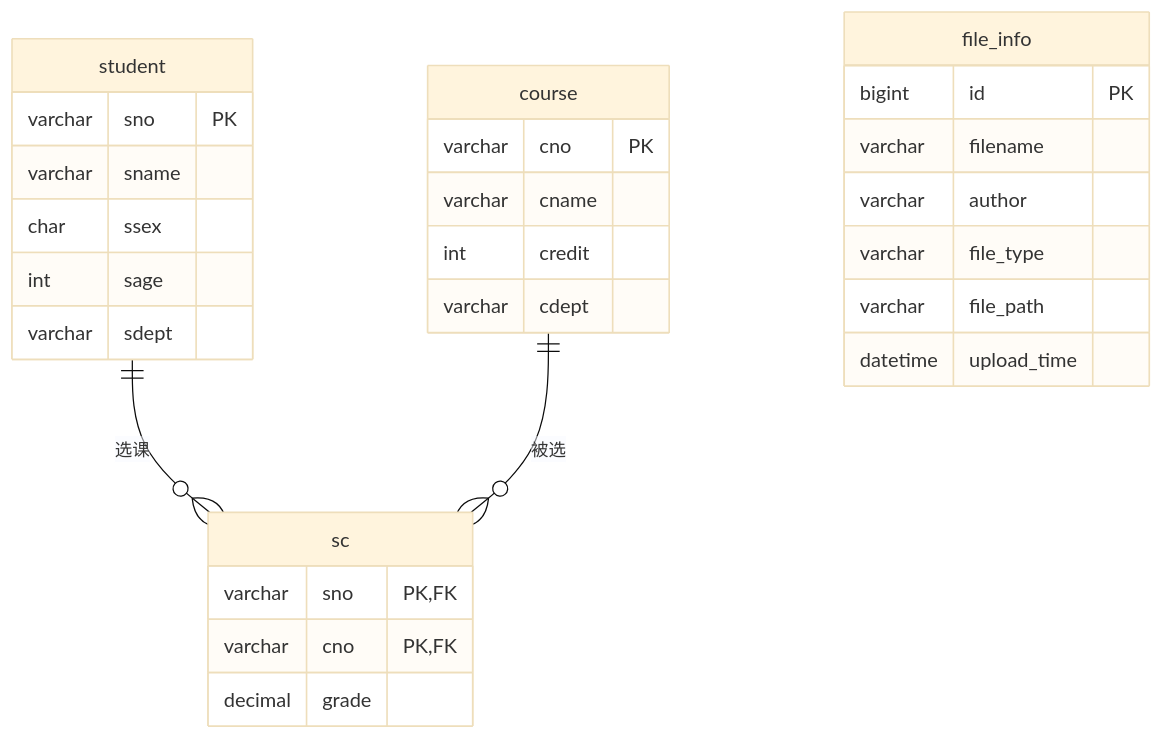
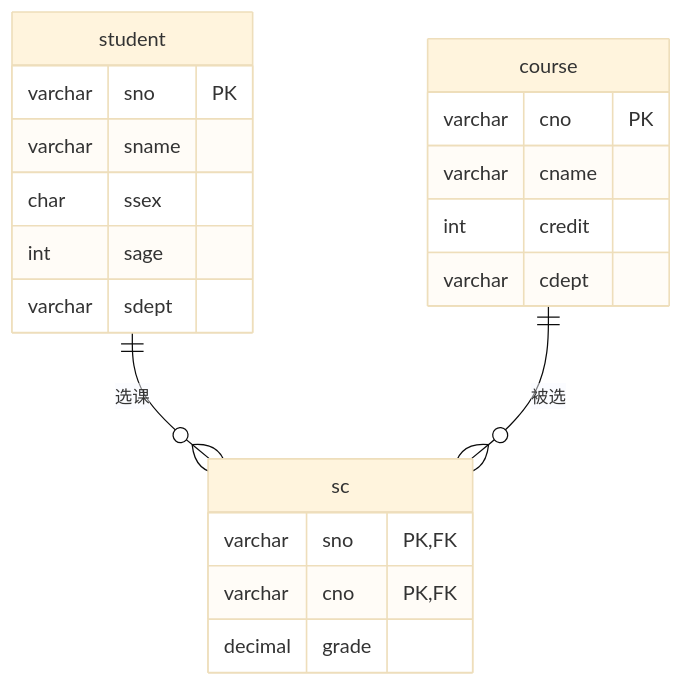
One commit to kloster346/Student changed the diagram in docs/database.md. Above: the diagram before and after it, drawn with Mermaid (base theme). The commit also changed other lines of this file and 6 other files, not shown here.

````diff
--- a/docs/database.md
+++ b/docs/database.md
@@ -112,31 +85,23 @@
 ```mermaid
 erDiagram
     student ||--o{ sc : "选课"
     course ||--o{ sc : "被选"
     student {
         varchar sno PK
         varchar sname
         char ssex
         int sage
         varchar sdept
     }
     course {
         varchar cno PK
         varchar cname
         int credit
         varchar cdept
     }
     sc {
         varchar sno PK,FK
         varchar cno PK,FK
         decimal grade
     }
-    file_info {
-        bigint id PK
-        varchar filename
-        varchar author
-        varchar file_type
-        varchar file_path
-        datetime upload_time
-    }
 ```
````
